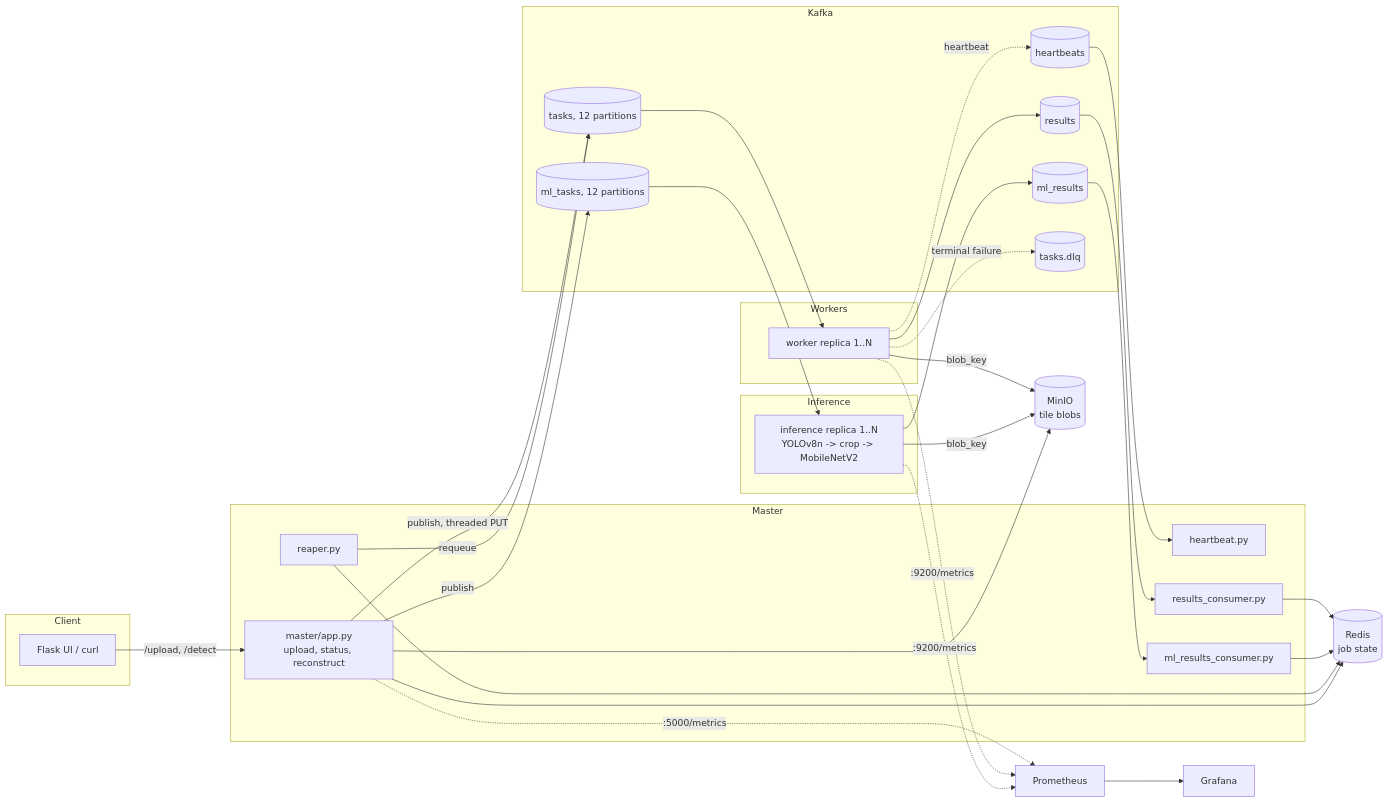
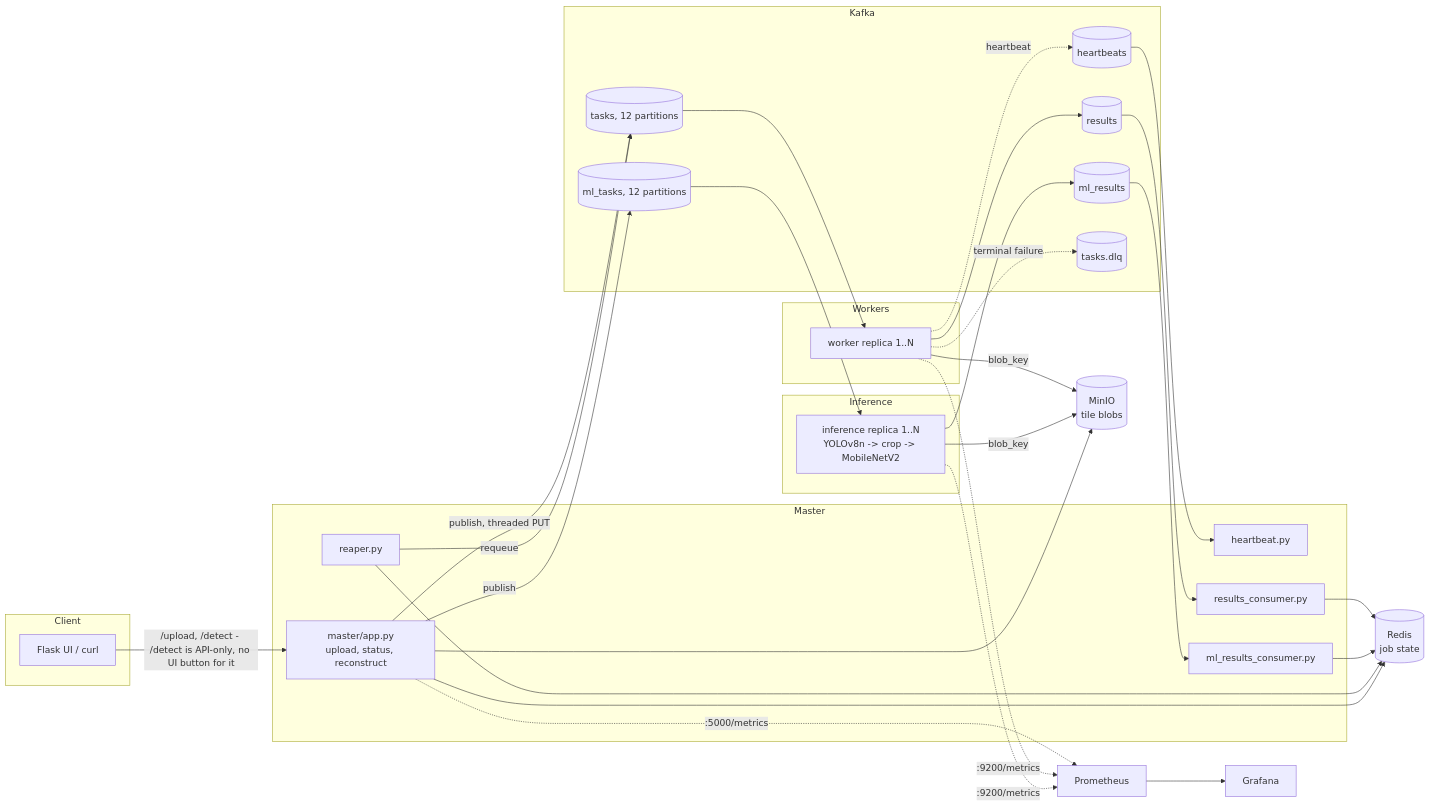
The diagram in docs/ARCHITECTURE.md (Reeptide/DIP), drawn with Mermaid before and after one commit. The commit also changed other lines of this file and 37 other files, not shown here.

````diff
--- a/docs/ARCHITECTURE.md
+++ b/docs/ARCHITECTURE.md
@@ -9,57 +9,57 @@
 ```mermaid
 flowchart LR
     subgraph Client
         UI[Flask UI / curl]
     end
 
     subgraph Master
         M[master/app.py<br/>upload, status, reconstruct]
         HB[heartbeat.py]
         RP[reaper.py]
         RC[results_consumer.py]
         MRC[ml_results_consumer.py]
     end
 
     subgraph Kafka
         T[(tasks, 12 partitions)]
         R[(results)]
         MLT[(ml_tasks, 12 partitions)]
         MLR[(ml_results)]
         HBT[(heartbeats)]
         DLQ[(tasks.dlq)]
     end
 
     subgraph Workers
         W1[worker replica 1..N]
     end
 
     subgraph Inference
         I1[inference replica 1..N<br/>YOLOv8n -> crop -> MobileNetV2]
     end
 
     MinIO[(MinIO<br/>tile blobs)]
     Redis[(Redis<br/>job state)]
     Prom[Prometheus]
     Graf[Grafana]
 
-    UI -->|/upload, /detect| M
+    UI -->|/upload, /detect - /detect is API-only, no UI button for it| M
     M -->|publish, threaded PUT| T
     M -->|publish| MLT
     M --> MinIO
     T --> W1
     MLT --> I1
     W1 -->|blob_key| MinIO
     I1 -->|blob_key| MinIO
     W1 --> R --> RC --> Redis
     I1 --> MLR --> MRC --> Redis
     W1 -.heartbeat.-> HBT --> HB
     W1 -.terminal failure.-> DLQ
     RP -->|requeue| T
     RP --> Redis
     M --> Redis
 
     W1 -.:9200/metrics.-> Prom
     I1 -.:9200/metrics.-> Prom
     M -.:5000/metrics.-> Prom
     Prom --> Graf
 ```
````
